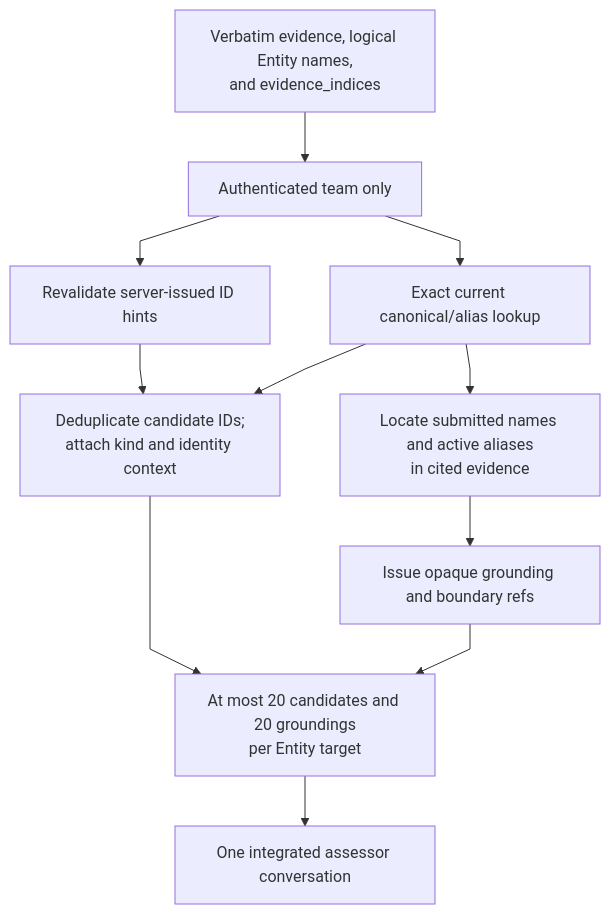
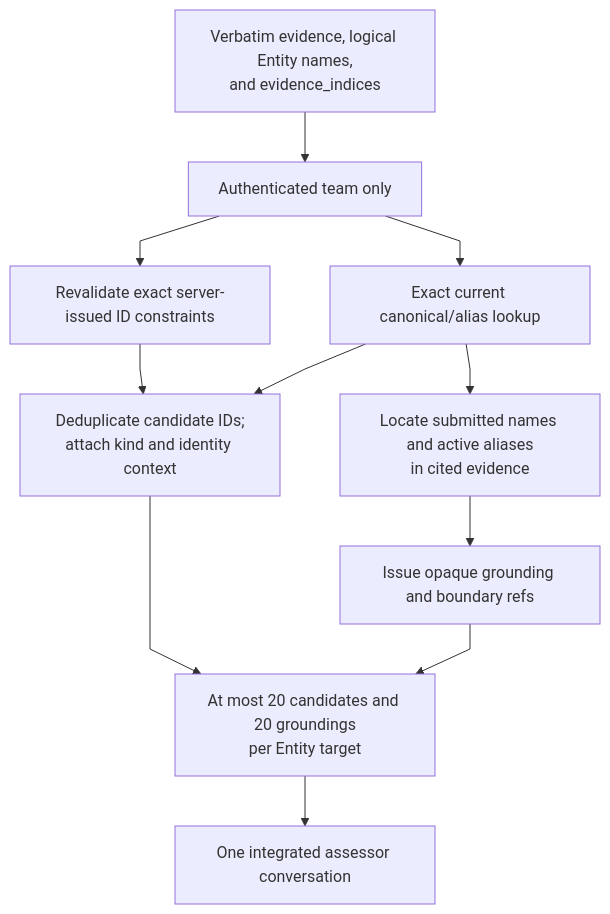
The fifth of 7 diagrams in Entity-Identity-And-Resolution.md (markhuangai/dense-mem), drawn with Mermaid before and after one commit. The commit also changed other lines of this file and 17 other files, not shown here.

````diff
--- a/Entity-Identity-And-Resolution.md
+++ b/Entity-Identity-And-Resolution.md
@@ -235,14 +241,14 @@
 ```mermaid
 %%{init: {"flowchart": {"curve": "linear"}}}%%
 flowchart TD
   Evidence["Verbatim evidence, logical Entity names,<br/>and evidence_indices"] --> Scope["Authenticated team only"]
-  Scope --> Hint["Revalidate server-issued ID hints"]
+  Scope --> Hint["Revalidate exact server-issued ID constraints"]
   Scope --> Name["Exact current canonical/alias lookup"]
   Name --> Ground["Locate submitted names and active aliases<br/>in cited evidence"]
   Hint --> Context["Deduplicate candidate IDs;<br/>attach kind and identity context"]
   Name --> Context
   Ground --> Refs["Issue opaque grounding and boundary refs"]
   Context --> Limit["At most 20 candidates and 20 groundings<br/>per Entity target"]
   Refs --> Limit
   Limit --> Assess["One integrated assessor conversation"]
 ```
````
